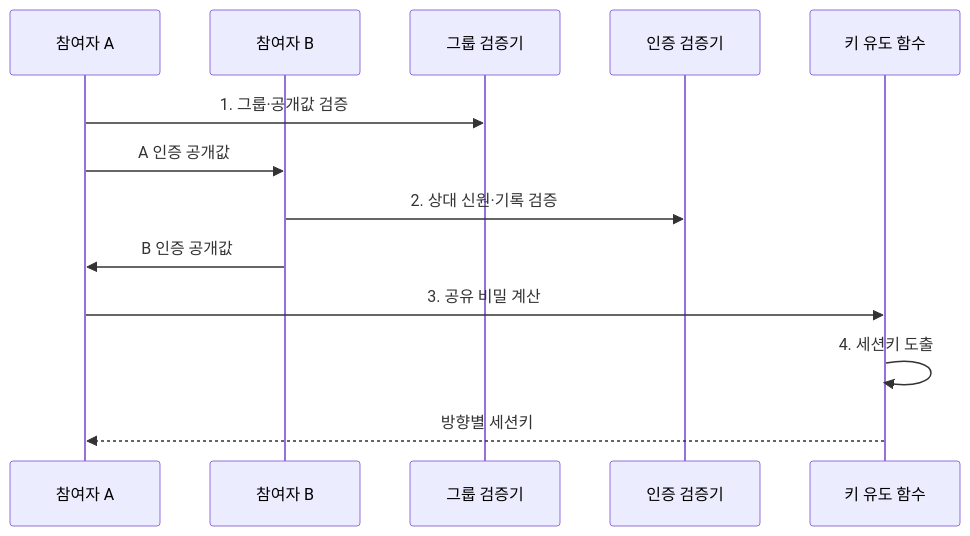
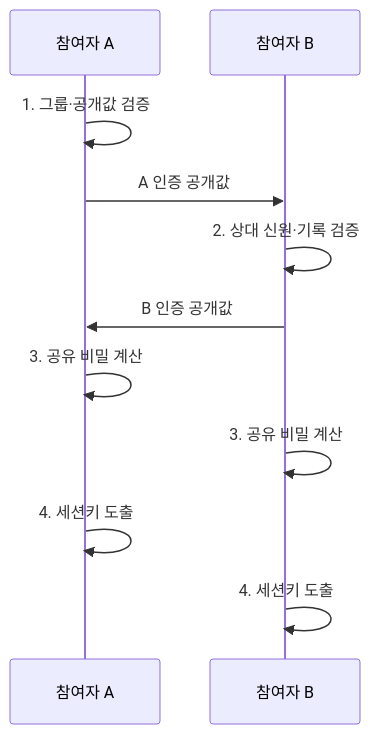
The second of 2 diagrams in src/content/docs/notes/05-security/005_diffie_hellman_key_exchange.md (agnusdei1207/knowledge-base), drawn with Mermaid before and after one commit. The commit also changed 6 other files, not shown here.

Commit message:
Simplify security sequence participants

````diff
--- a/src/content/docs/notes/05-security/005_diffie_hellman_key_exchange.md
+++ b/src/content/docs/notes/05-security/005_diffie_hellman_key_exchange.md
@@ -101,15 +101,13 @@
 ```mermaid
 sequenceDiagram
     participant A as 참여자 A
     participant B as 참여자 B
-    participant V as 그룹 검증기
-    participant I as 인증 검증기
-    participant K as 키 유도 함수
-    A->>V: 1. 그룹·공개값 검증
+    A->>A: 1. 그룹·공개값 검증
     A->>B: A 인증 공개값
-    B->>I: 2. 상대 신원·기록 검증
+    B->>B: 2. 상대 신원·기록 검증
     B->>A: B 인증 공개값
-    A->>K: 3. 공유 비밀 계산
-    K->>K: 4. 세션키 도출
-    K-->>A: 방향별 세션키
+    A->>A: 3. 공유 비밀 계산
+    B->>B: 3. 공유 비밀 계산
+    A->>A: 4. 세션키 도출
+    B->>B: 4. 세션키 도출
 ```
````
